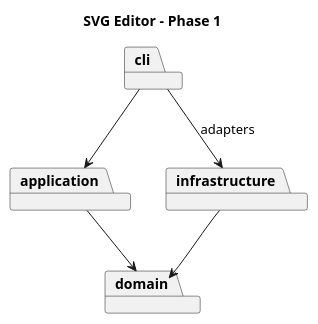
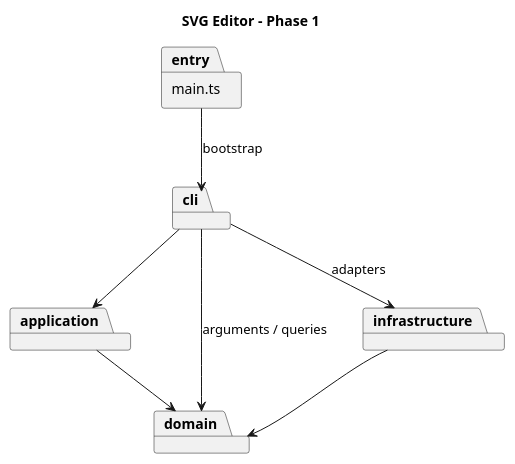
The diagram in doc/architecture.puml (Wang-Wen-Rong/pj_lab1), drawn with PlantUML before and after one commit. The commit also changed 6 other files, not shown here.

```diff
--- a/doc/architecture.puml
+++ b/doc/architecture.puml
@@ -1,11 +1,14 @@
 @startuml
 title SVG Editor - Phase 1
 package cli
 package application
 package domain
 package infrastructure
+package "main.ts" as entry
+entry --> cli : bootstrap
 cli --> application
+cli --> domain : arguments / queries
 application --> domain
 infrastructure --> domain
 cli --> infrastructure : adapters
 @enduml
```
